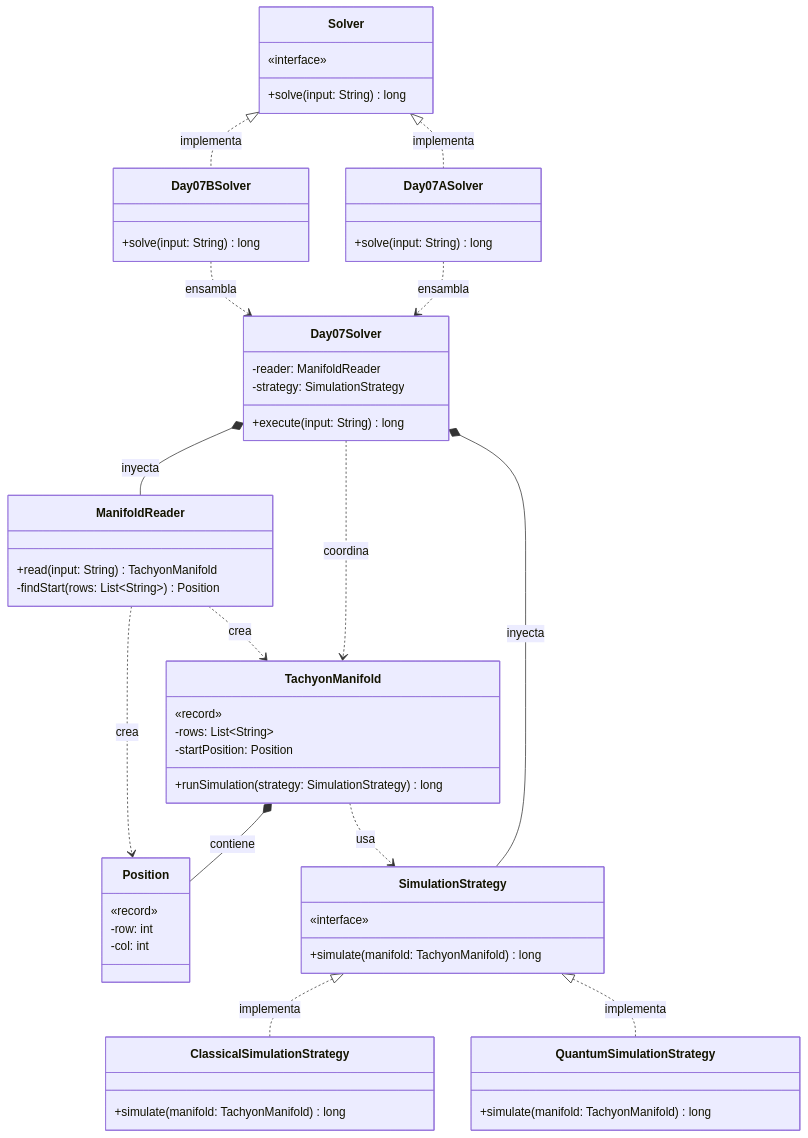
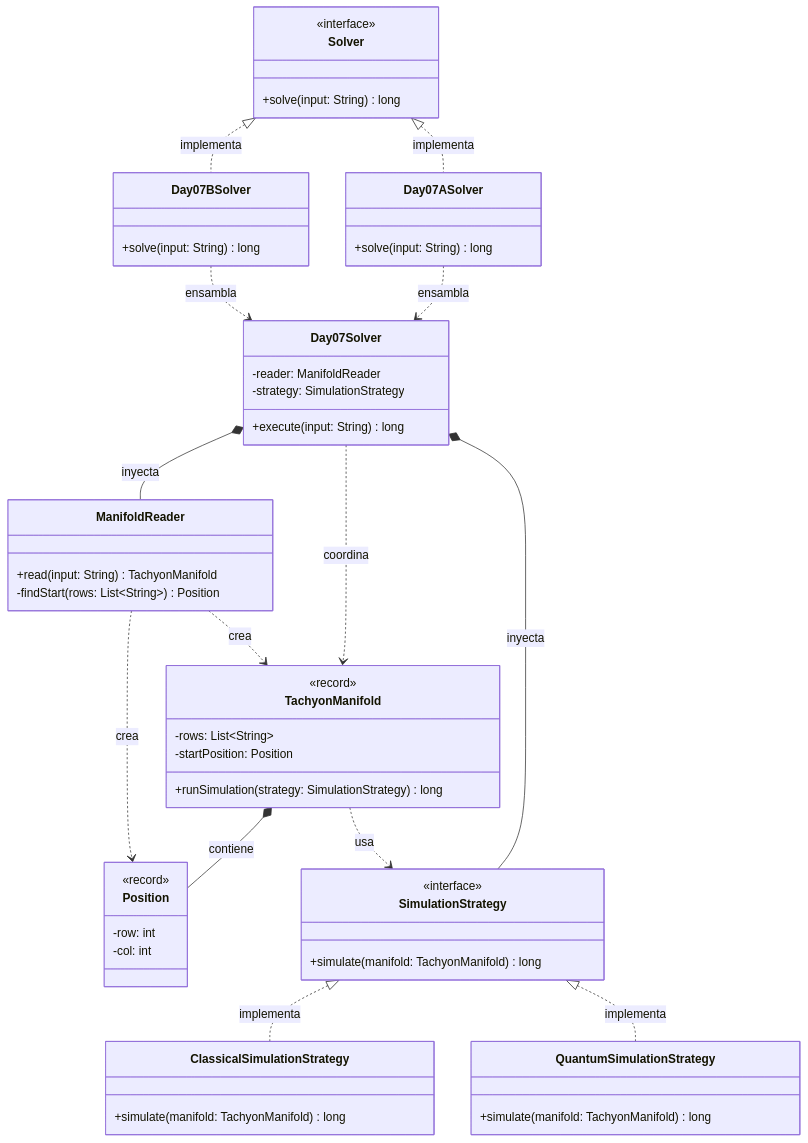
Before and after one commit to ivanperezdiaz829/AoC2025: the diagram in src/main/java/software/aoc/day07/README.md, drawn with Mermaid. The commit also changed other lines of this file and 9 other files, not shown here.

````diff
--- a/src/main/java/software/aoc/day07/README.md
+++ b/src/main/java/software/aoc/day07/README.md
@@ -35,71 +37,71 @@
 ```mermaid
 classDiagram
   class Solver {
-    «interface»
+    <<interface>>
     +solve(input: String) long
   }
 
   class Day07ASolver {
     +solve(input: String) long
   }
 
   class Day07BSolver {
     +solve(input: String) long
   }
 
   class Day07Solver {
     -reader: ManifoldReader
     -strategy: SimulationStrategy
     +execute(input: String) long
   }
 
   class TachyonManifold {
-    «record»
+    <<record>>
     -rows: List~String~
     -startPosition: Position
     +runSimulation(strategy: SimulationStrategy) long
   }
 
   class Position {
-    «record»
+    <<record>>
     -row: int
     -col: int
   }
 
   class SimulationStrategy {
-    «interface»
+    <<interface>>
     +simulate(manifold: TachyonManifold) long
   }
 
   class ClassicalSimulationStrategy {
     +simulate(manifold: TachyonManifold) long
   }
 
   class QuantumSimulationStrategy {
     +simulate(manifold: TachyonManifold) long
   }
 
   class ManifoldReader {
     +read(input: String) TachyonManifold
     -findStart(rows: List~String~) Position
   }
 
 %% Relaciones de Implementación
   Solver <|.. Day07ASolver : implementa
   Solver <|.. Day07BSolver : implementa
   SimulationStrategy <|.. ClassicalSimulationStrategy : implementa
   SimulationStrategy <|.. QuantumSimulationStrategy : implementa
 
 %% Relaciones de Ensamblaje e Inyección
   Day07ASolver ..> Day07Solver : ensambla
   Day07BSolver ..> Day07Solver : ensambla
   Day07Solver *-- ManifoldReader : inyecta
   Day07Solver *-- SimulationStrategy : inyecta
 
 %% Relaciones de Dominio
   Day07Solver ..> TachyonManifold : coordina
   TachyonManifold ..> SimulationStrategy : usa
   TachyonManifold *-- Position : contiene
   ManifoldReader ..> TachyonManifold : crea
   ManifoldReader ..> Position : crea
 ```
````
